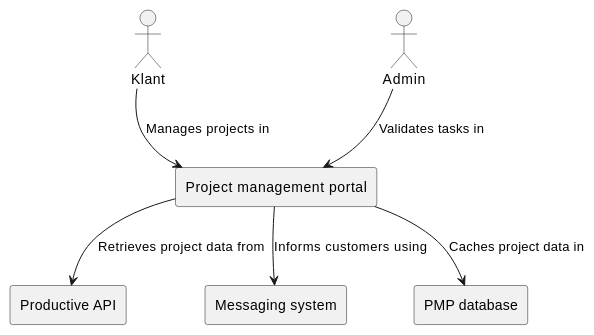
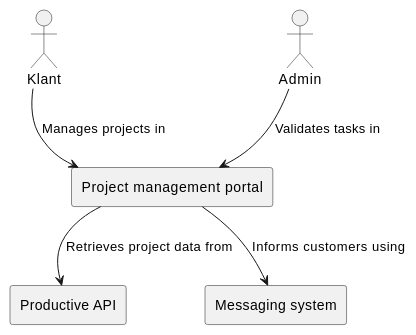
One commit to DCReceveur/pre-afstudeer-docs changed the first of 6 diagrams in Documentatie/Software Architecture Document.md. Above: the diagram before and after it, drawn with PlantUML. The commit also changed other lines of this file, not shown here.

````diff
--- a/Documentatie/Software Architecture Document.md
+++ b/Documentatie/Software Architecture Document.md
@@ -7,17 +7,17 @@
 ```plantuml
 
 actor Klant
 actor Admin
 
 rectangle "Productive API" as productive
 rectangle "Messaging system" as message
 rectangle "Project management portal" as PMP
-rectangle "PMP database" as BE_DB
+' rectangle "PMP database" as BE_DB
 Klant --> PMP : "Manages projects in                           "
 Admin --> PMP : "Validates tasks in           "
 
 PMP --> productive : "Retrieves project data from"
-PMP --> BE_DB : "Caches project data in"
+' PMP --> BE_DB : "Caches project data in"
 PMP --> message : "Informs customers using"
 
 ```
````
